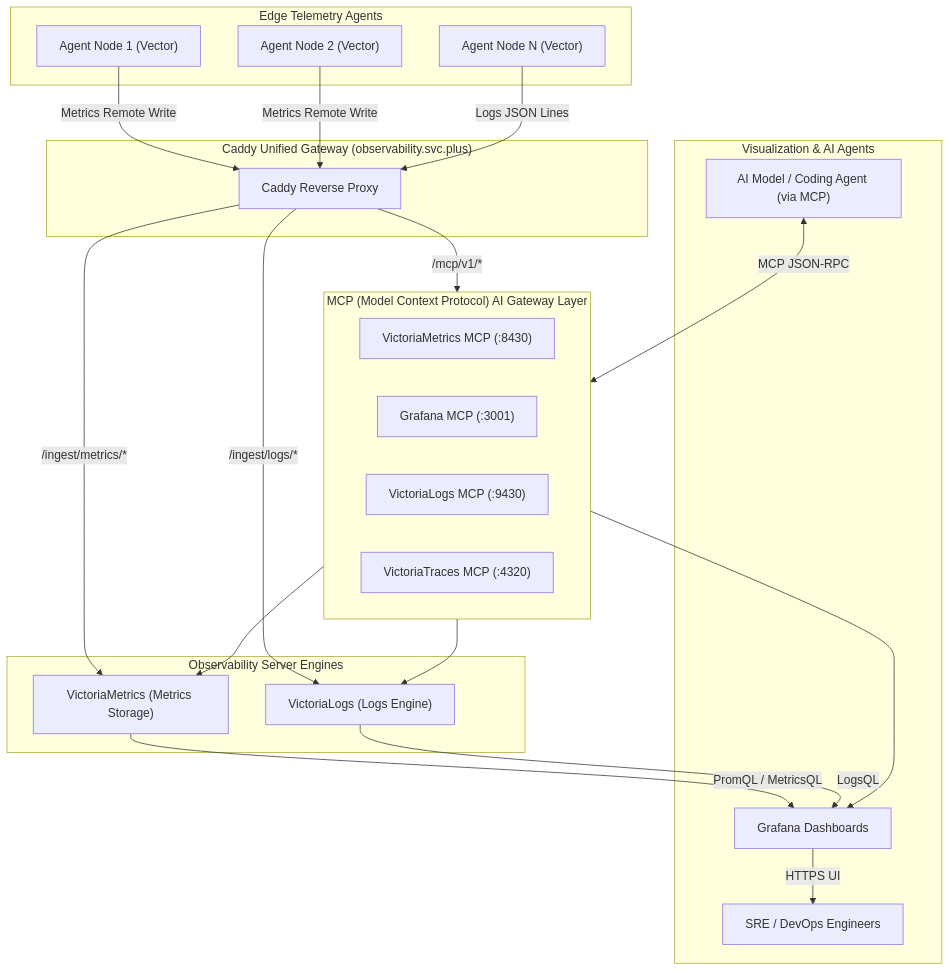
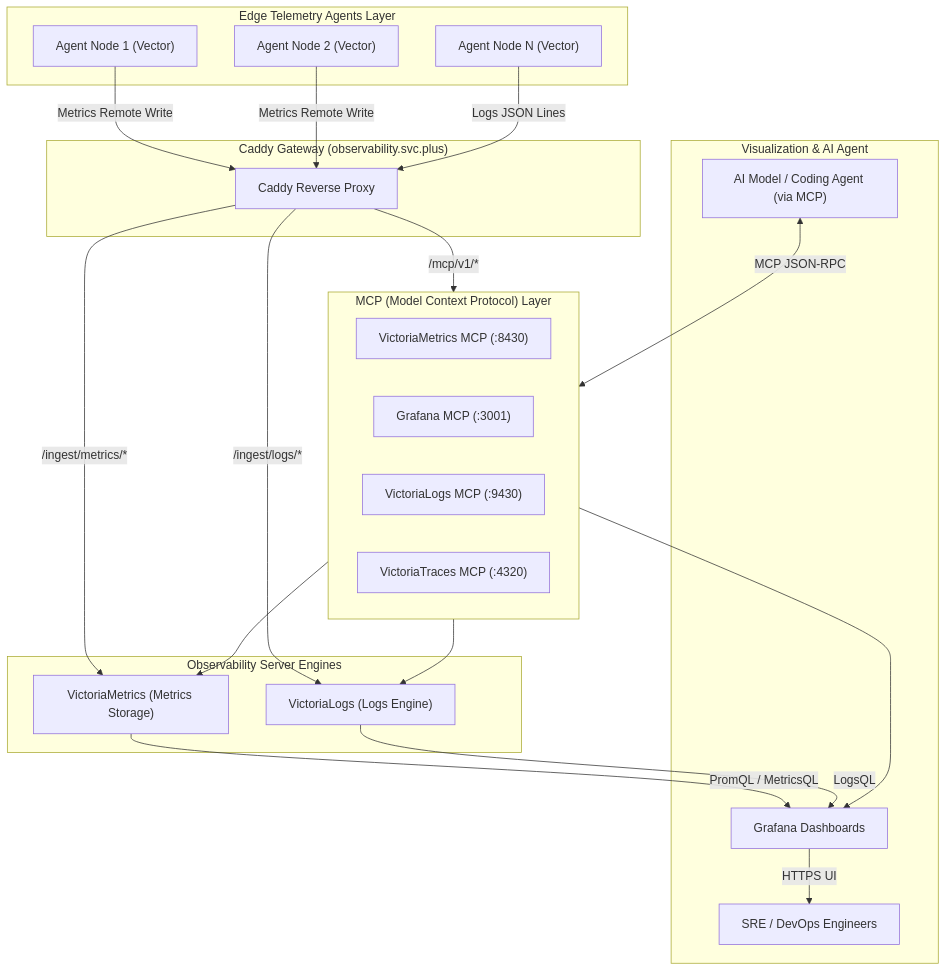
One commit to Cloud-Neutral-Workshop/knowledge changed the diagram in content/03-observability/observability-server-core.en.md. Above: the diagram before and after it, drawn with Mermaid. The commit also changed other lines of this file and 3 other files, not shown here.

Commit message:
feat(blog): update observability-server-core post with MCP server integration and topology diagram

````diff
--- a/content/03-observability/observability-server-core.en.md
+++ b/content/03-observability/observability-server-core.en.md
@@ -85,48 +107,48 @@
 ```mermaid
 flowchart TD
-    subgraph Agents ["Edge Telemetry Agents"]
+    subgraph Agents ["Edge Telemetry Agents Layer"]
         V1["Agent Node 1 (Vector)"]
         V2["Agent Node 2 (Vector)"]
         VN["Agent Node N (Vector)"]
     end
 
-    subgraph ServerIngress ["Caddy Unified Gateway (observability.svc.plus)"]
+    subgraph ServerIngress ["Caddy Gateway (observability.svc.plus)"]
         CADDY["Caddy Reverse Proxy"]
     end
 
     subgraph CoreEngine ["Observability Server Engines"]
         VM["VictoriaMetrics (Metrics Storage)"]
         VL["VictoriaLogs (Logs Engine)"]
     end
 
-    subgraph MCPLayer ["MCP (Model Context Protocol) AI Gateway Layer"]
+    subgraph MCPLayer ["MCP (Model Context Protocol) Layer"]
         VM_MCP["VictoriaMetrics MCP (:8430)"]
         GRAFANA_MCP["Grafana MCP (:3001)"]
         VL_MCP["VictoriaLogs MCP (:9430)"]
         VT_MCP["VictoriaTraces MCP (:4320)"]
     end
 
-    subgraph Visualization ["Visualization & AI Agents"]
+    subgraph Visualization ["Visualization & AI Agent"]
         GRAFANA["Grafana Dashboards"]
         AI_AGENT["AI Model / Coding Agent (via MCP)"]
         USERS["SRE / DevOps Engineers"]
     end
 
     V1 -->|Metrics Remote Write| CADDY
     V2 -->|Metrics Remote Write| CADDY
     VN -->|Logs JSON Lines| CADDY
 
     CADDY -->|/ingest/metrics/*| VM
     CADDY -->|/ingest/logs/*| VL
     CADDY -->|/mcp/v1/*| MCPLayer
 
     MCPLayer --> VM
     MCPLayer --> VL
     MCPLayer --> GRAFANA
 
     VM -->|PromQL / MetricsQL| GRAFANA
     VL -->|LogsQL| GRAFANA
 
     GRAFANA -->|HTTPS UI| USERS
     AI_AGENT <-->|MCP JSON-RPC| MCPLayer
 ```
````
